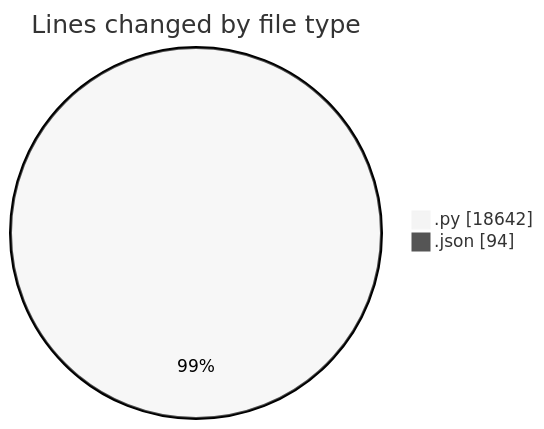
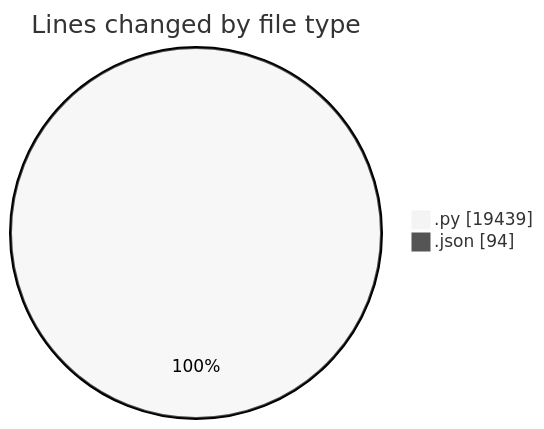
One commit to jrari/code-tracking changed the first of 2 diagrams in 2025-07-14/telebot/README.md. Above: the diagram before and after it, drawn with Mermaid (neutral theme). The commit also changed other lines of this file and 1 other file, not shown here.

````diff
--- a/2025-07-14/telebot/README.md
+++ b/2025-07-14/telebot/README.md
@@ -43,6 +44,6 @@
 ```mermaid
 pie showData
 title Lines changed by file type
-".py" : 18642
+".py" : 19439
 ".json" : 94
 ```
````
